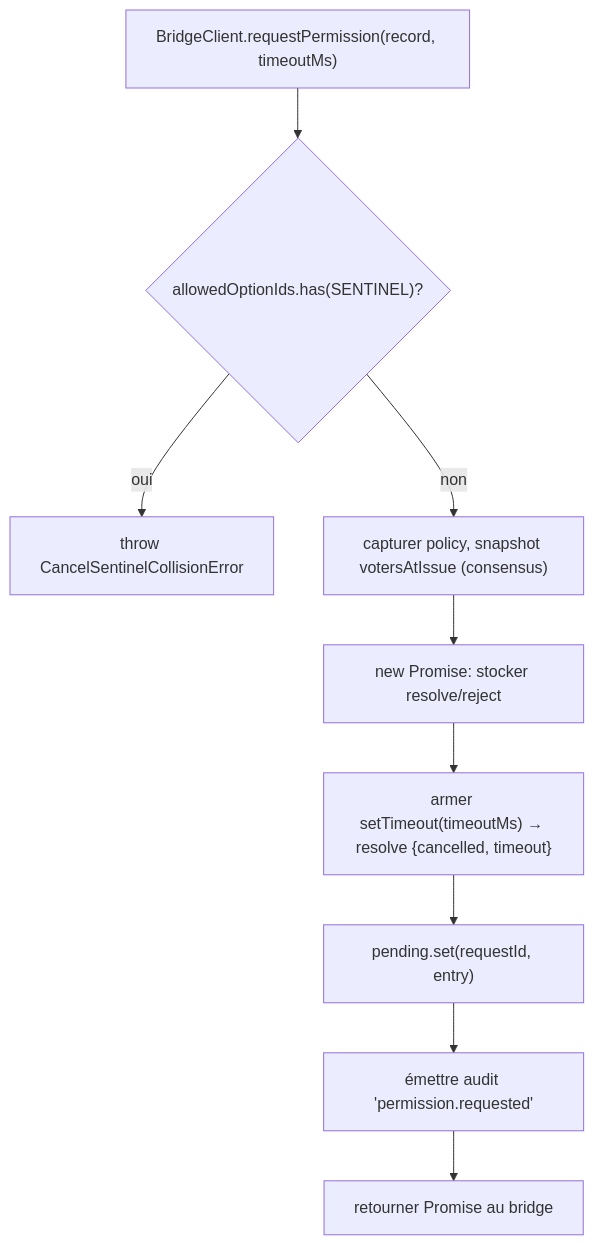
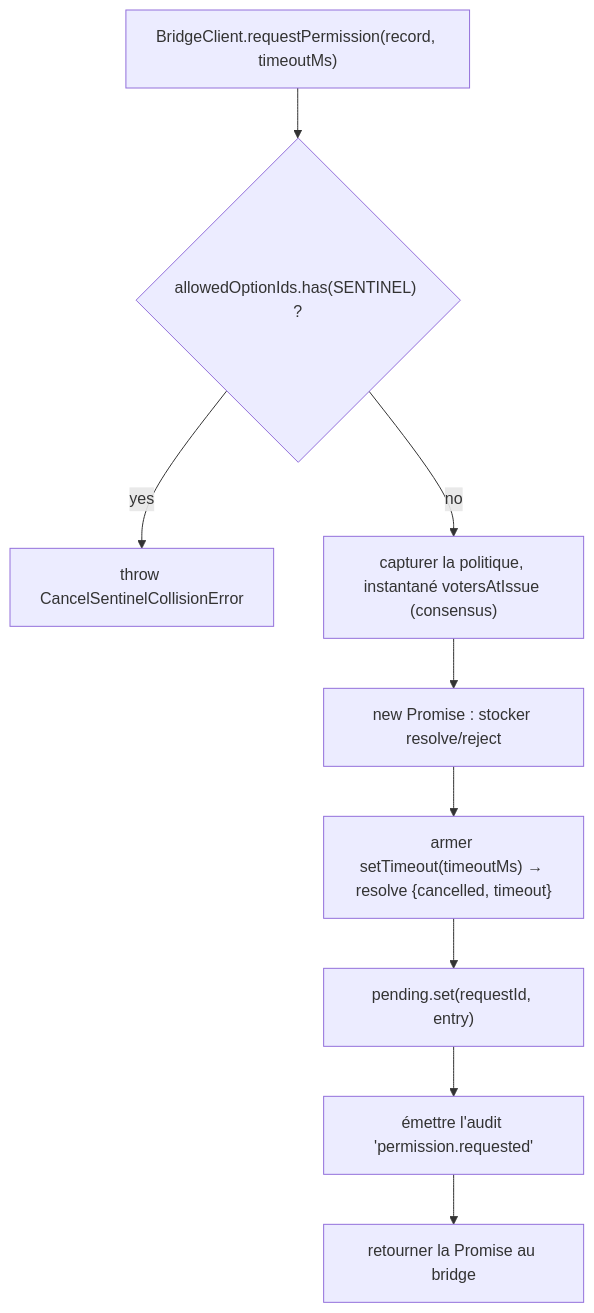
One commit to QwenLM/qwen-code-docs changed the first of 2 diagrams in website/content/fr/developers/daemon/04-permission-mediation.md. Above: the diagram before and after it, drawn with Mermaid. The commit also changed other lines of this file and 162 other files, not shown here.

````diff
--- a/website/content/fr/developers/daemon/04-permission-mediation.md
+++ b/website/content/fr/developers/daemon/04-permission-mediation.md
@@ -105,11 +105,11 @@
 ```mermaid
 flowchart TD
-    A["BridgeClient.requestPermission(record, timeoutMs)"] --> B{"allowedOptionIds.has(SENTINEL)?"}
-    B -->|oui| C["throw CancelSentinelCollisionError"]
-    B -->|non| D["capturer policy, snapshot votersAtIssue (consensus)"]
-    D --> E["new Promise: stocker resolve/reject"]
+    A["BridgeClient.requestPermission(record, timeoutMs)"] --> B{"allowedOptionIds.has(SENTINEL) ?"}
+    B -->|yes| C["throw CancelSentinelCollisionError"]
+    B -->|no| D["capturer la politique, instantané votersAtIssue (consensus)"]
+    D --> E["new Promise : stocker resolve/reject"]
     E --> F["armer setTimeout(timeoutMs) → resolve {cancelled, timeout}"]
     F --> G["pending.set(requestId, entry)"]
-    G --> H["émettre audit 'permission.requested'"]
-    H --> I["retourner Promise au bridge"]
+    G --> H["émettre l'audit 'permission.requested'"]
+    H --> I["retourner la Promise au bridge"]
 ```
````
